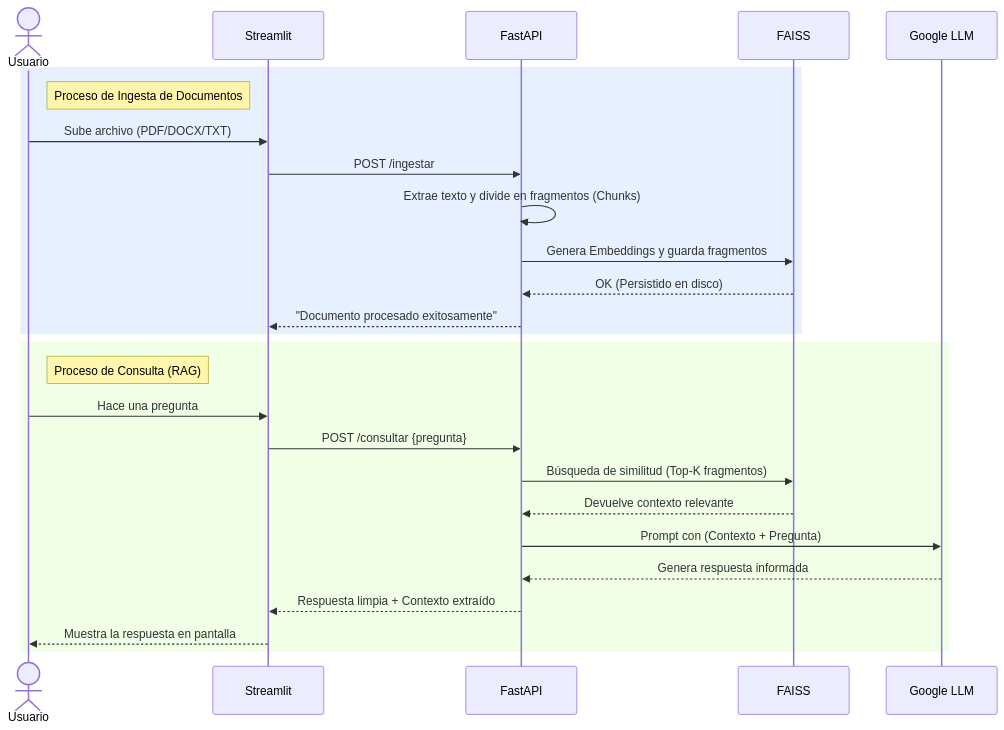
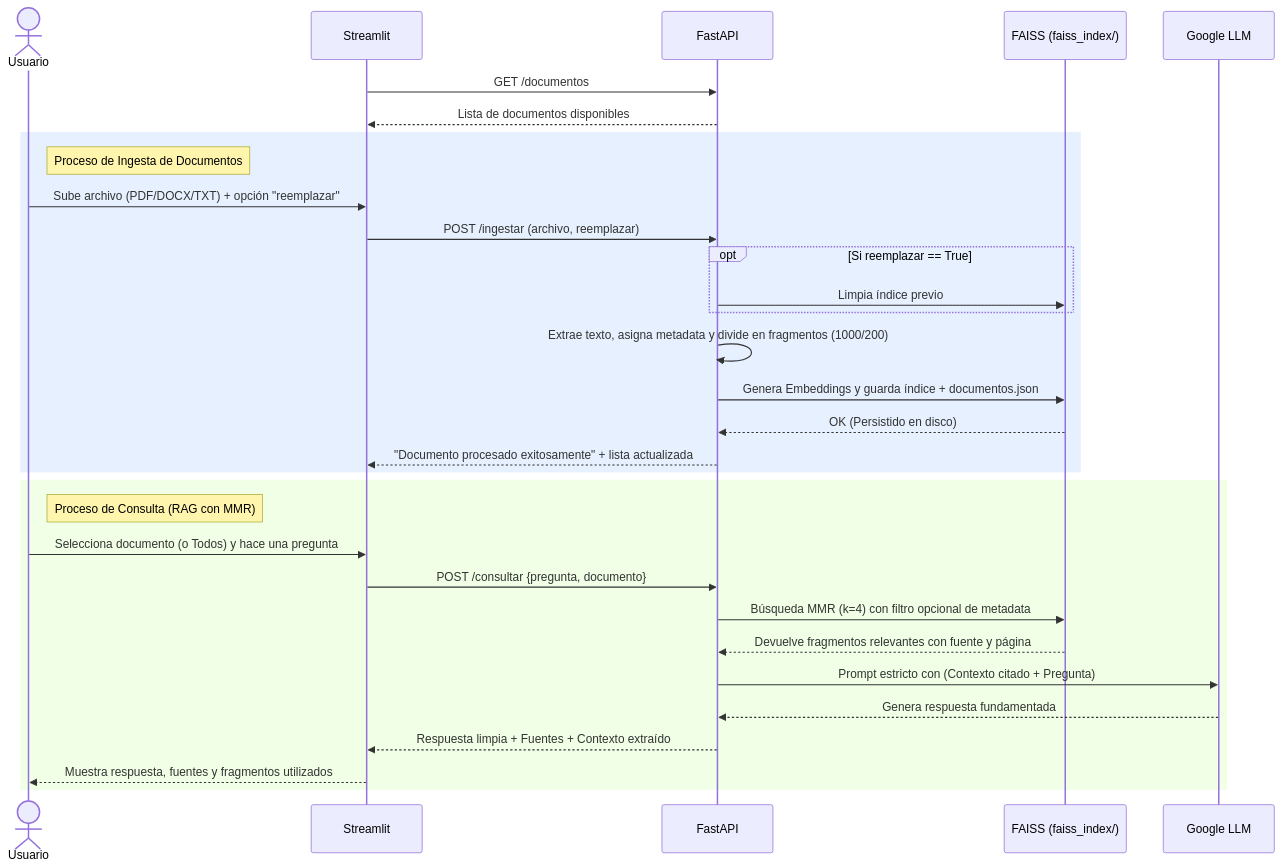
The second of 2 diagrams in README.md (RobbeAlex/DocuMind_AI), drawn with Mermaid before and after one commit. The commit also changed other lines of this file and 4 other files, not shown here.

First line of the commit message:
Document RAG v2 architecture and deployment

````diff
--- a/README.md
+++ b/README.md
@@ -99,32 +119,39 @@
 ```mermaid
 sequenceDiagram
     actor Usuario
     participant Streamlit
     participant FastAPI
-    participant VectorDB as FAISS
+    participant VectorDB as FAISS (faiss_index/)
     participant Gemini as Google LLM
+
+    %% Sincronización de catálogo
+    Streamlit->>FastAPI: GET /documentos
+    FastAPI-->>Streamlit: Lista de documentos disponibles
 
     %% Flujo de Ingesta
     rect rgb(230, 240, 255)
         Note right of Usuario: Proceso de Ingesta de Documentos
-        Usuario->>Streamlit: Sube archivo (PDF/DOCX/TXT)
-        Streamlit->>FastAPI: POST /ingestar
-        FastAPI->>FastAPI: Extrae texto y divide en fragmentos (Chunks)
-        FastAPI->>VectorDB: Genera Embeddings y guarda fragmentos
+        Usuario->>Streamlit: Sube archivo (PDF/DOCX/TXT) + opción "reemplazar"
+        Streamlit->>FastAPI: POST /ingestar (archivo, reemplazar)
+        opt Si reemplazar == True
+            FastAPI->>VectorDB: Limpia índice previo
+        end
+        FastAPI->>FastAPI: Extrae texto, asigna metadata y divide en fragmentos (1000/200)
+        FastAPI->>VectorDB: Genera Embeddings y guarda índice + documentos.json
         VectorDB-->>FastAPI: OK (Persistido en disco)
-        FastAPI-->>Streamlit: "Documento procesado exitosamente"
+        FastAPI-->>Streamlit: "Documento procesado exitosamente" + lista actualizada
     end
 
     %% Flujo de Consulta
     rect rgb(240, 255, 230)
-        Note right of Usuario: Proceso de Consulta (RAG)
-        Usuario->>Streamlit: Hace una pregunta
-        Streamlit->>FastAPI: POST /consultar {pregunta}
-        FastAPI->>VectorDB: Búsqueda de similitud (Top-K fragmentos)
-        VectorDB-->>FastAPI: Devuelve contexto relevante
-        FastAPI->>Gemini: Prompt con (Contexto + Pregunta)
-        Gemini-->>FastAPI: Genera respuesta informada
-        FastAPI-->>Streamlit: Respuesta limpia + Contexto extraído
-        Streamlit-->>Usuario: Muestra la respuesta en pantalla
+        Note right of Usuario: Proceso de Consulta (RAG con MMR)
+        Usuario->>Streamlit: Selecciona documento (o Todos) y hace una pregunta
+        Streamlit->>FastAPI: POST /consultar {pregunta, documento}
+        FastAPI->>VectorDB: Búsqueda MMR (k=4) con filtro opcional de metadata
+        VectorDB-->>FastAPI: Devuelve fragmentos relevantes con fuente y página
+        FastAPI->>Gemini: Prompt estricto con (Contexto citado + Pregunta)
+        Gemini-->>FastAPI: Genera respuesta fundamentada
+        FastAPI-->>Streamlit: Respuesta limpia + Fuentes + Contexto extraído
+        Streamlit-->>Usuario: Muestra respuesta, fuentes y fragmentos utilizados
     end
 ```
````
